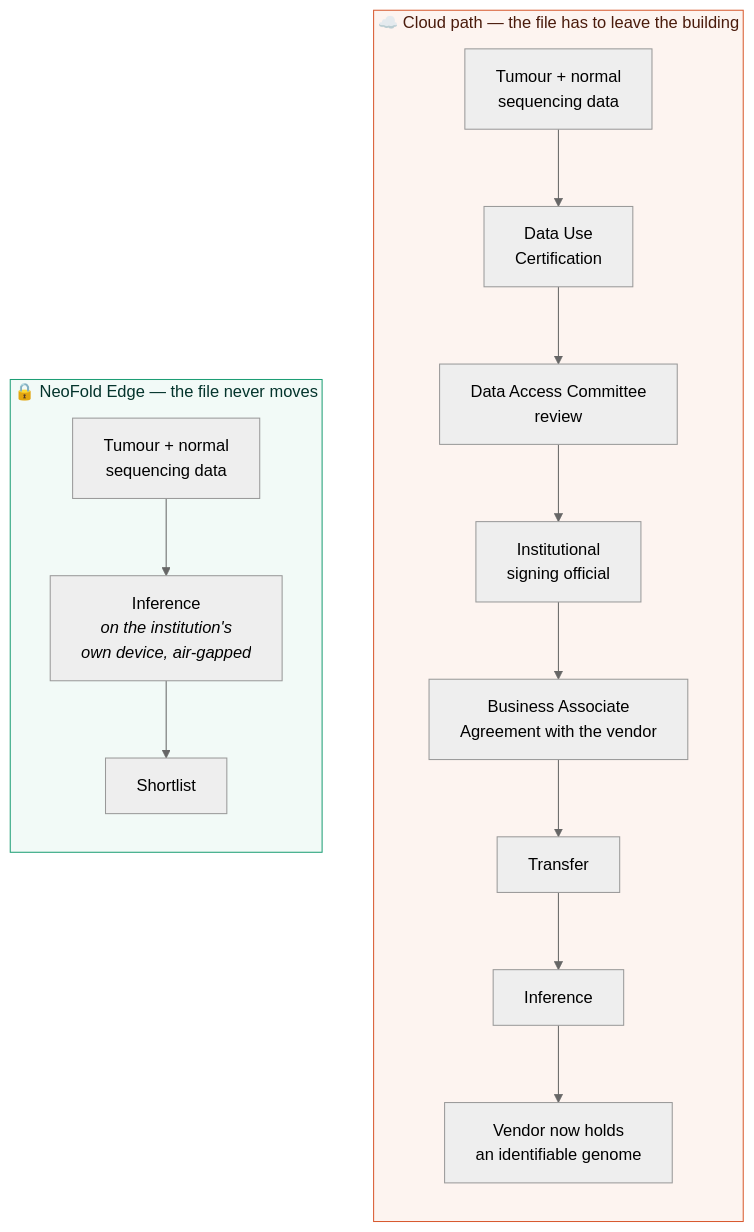
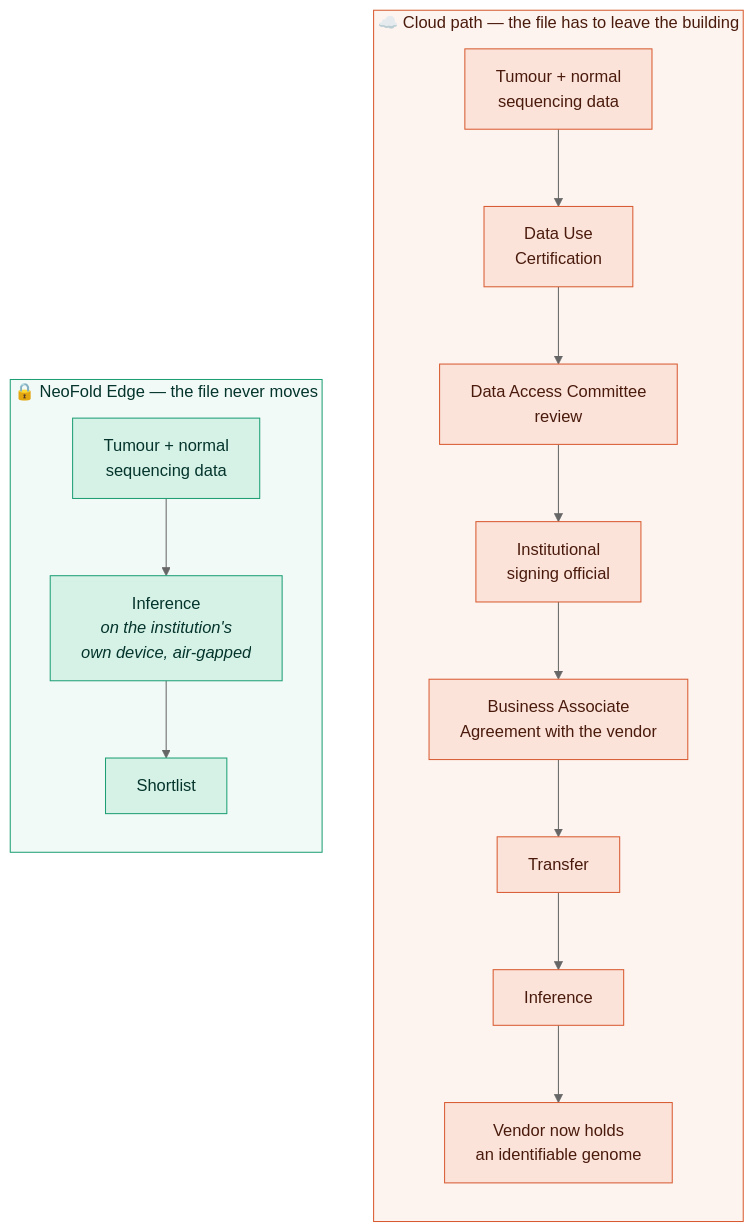
Before and after one commit to nitishsjsucs/neofold-edge: the second of 7 diagrams in README.md, drawn with Mermaid (neutral theme). The commit also changed other lines of this file, not shown here.

````diff
--- a/README.md
+++ b/README.md
@@ -88,20 +88,24 @@
 ```mermaid
 flowchart TB
     subgraph CLOUD["☁️ Cloud path — the file has to leave the building"]
         direction TB
         c1["Tumour + normal<br/>sequencing data"] --> c2["Data Use<br/>Certification"]
         c2 --> c3["Data Access Committee<br/>review"]
         c3 --> c4["Institutional<br/>signing official"]
         c4 --> c5["Business Associate<br/>Agreement with the vendor"]
         c5 --> c6["Transfer"]
         c6 --> c7["Inference"]
         c7 --> c8["Vendor now holds<br/>an identifiable genome"]
     end
     subgraph EDGE["🔒 NeoFold Edge — the file never moves"]
         direction TB
         e1["Tumour + normal<br/>sequencing data"] --> e2["Inference<br/><i>on the institution's<br/>own device, air-gapped</i>"]
         e2 --> e3["Shortlist"]
     end
+    classDef bad fill:#fbe3da,stroke:#d85a30,color:#4a1b0c
+    classDef good fill:#d6f2e6,stroke:#1d9e75,color:#04342c
+    class c1,c2,c3,c4,c5,c6,c7,c8 bad
+    class e1,e2,e3 good
     style CLOUD fill:#fdf4f0,stroke:#d85a30,color:#4a1b0c
     style EDGE fill:#f2faf7,stroke:#1d9e75,color:#04342c
 ```
````
